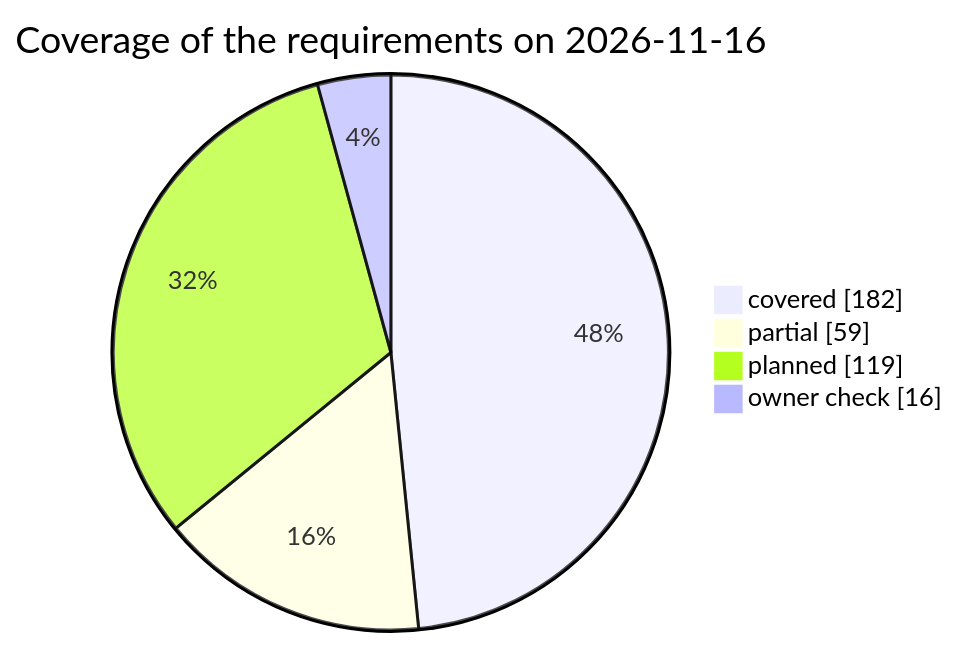
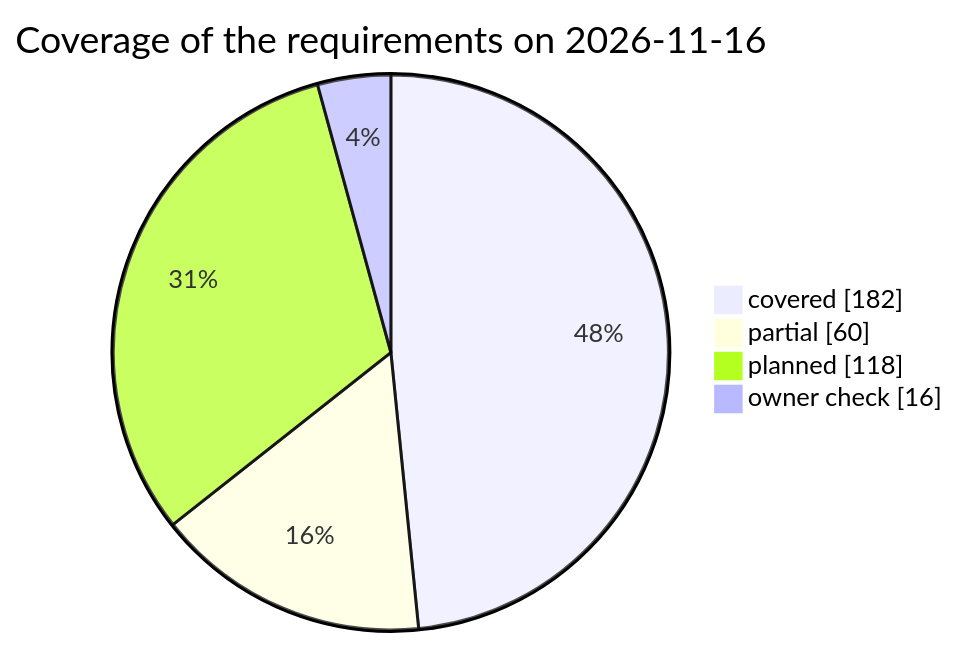
Before and after one commit to qa-io-vn/fnb-manager: the third of 3 diagrams in docs/test-plan.md, drawn with Mermaid. The commit also changed other lines of this file and 9 other files, not shown here.

````diff
--- a/docs/test-plan.md
+++ b/docs/test-plan.md
@@ -863,8 +864,8 @@
 ```mermaid
 pie showData
     title Coverage of the requirements on 2026-11-16
     "covered" : 182
-    "partial" : 59
-    "planned" : 119
+    "partial" : 60
+    "planned" : 118
     "owner check" : 16
 ```
````
